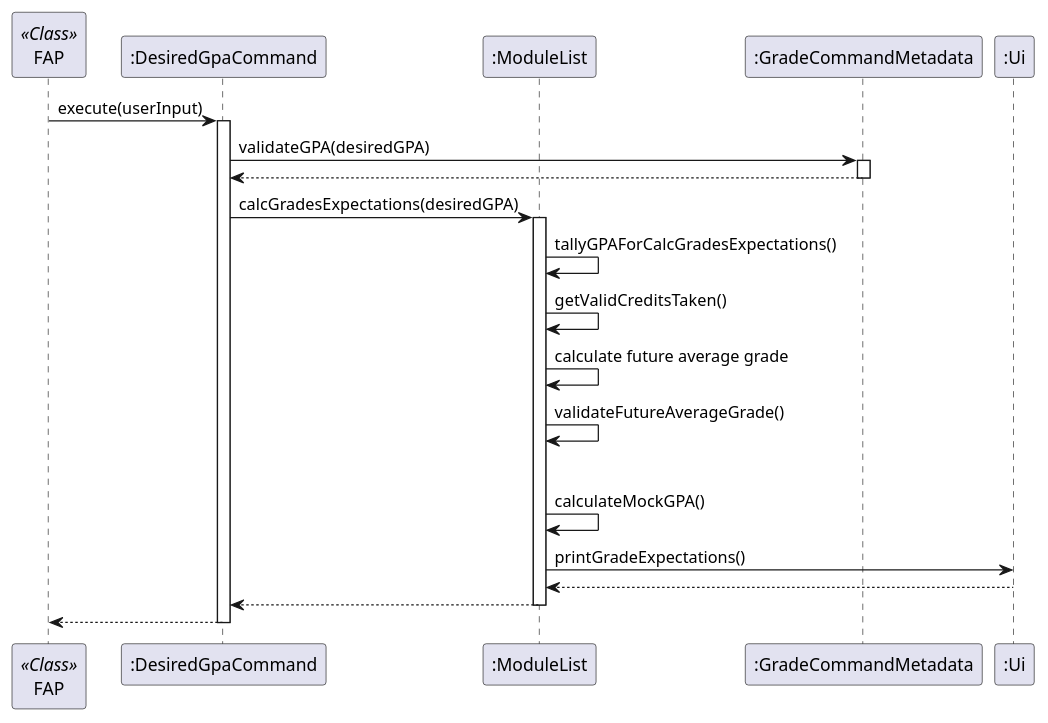
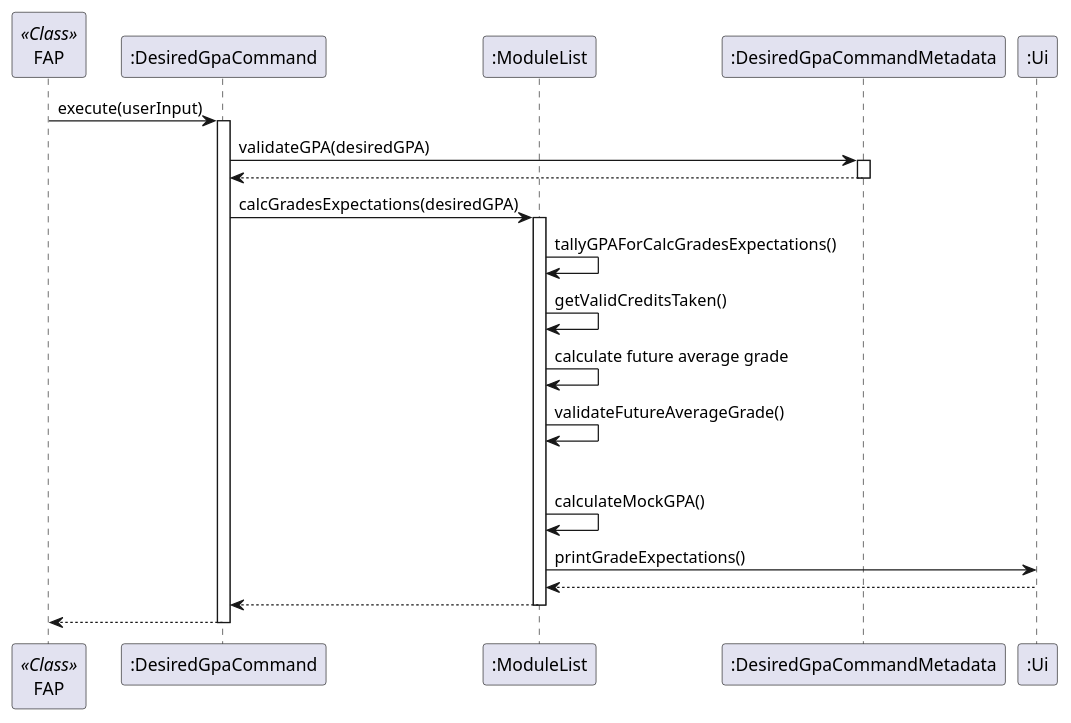
The diagram in docs/diagrams/DesiredGpaSequence.puml (fungg0/tp), drawn with PlantUML before and after one commit. The commit also changed 7 other files, not shown here.

```diff
--- a/docs/diagrams/DesiredGpaSequence.puml
+++ b/docs/diagrams/DesiredGpaSequence.puml
@@ -1,33 +1,33 @@
 @startuml
 
 participant FAP <<Class>>
 participant DesiredGpaCommand as ":DesiredGpaCommand"
 participant moduleList as ":ModuleList"
-participant GradeCommandMetadata as ":GradeCommandMetadata"
+participant GradeCommandMetadata as ":DesiredGpaCommandMetadata"
 participant Ui as ":Ui"
 
 FAP -> DesiredGpaCommand: execute(userInput)
 activate DesiredGpaCommand
 DesiredGpaCommand -> GradeCommandMetadata: validateGPA(desiredGPA)
 activate GradeCommandMetadata
 GradeCommandMetadata --> DesiredGpaCommand
 deactivate GradeCommandMetadata
 
 
 DesiredGpaCommand -> moduleList: calcGradesExpectations(desiredGPA)
 activate moduleList
 moduleList -> moduleList: tallyGPAForCalcGradesExpectations()
 moduleList -> moduleList: getValidCreditsTaken()
 moduleList -> moduleList: calculate future average grade
 moduleList -> moduleList: validateFutureAverageGrade()
 alt
 moduleList -> moduleList: calculateMockGPA()
 moduleList -> Ui: printGradeExpectations()
 Ui --> moduleList
 moduleList --> DesiredGpaCommand
 deactivate moduleList
 DesiredGpaCommand --> FAP
 
 deactivate DesiredGpaCommand
 
 @enduml
```
